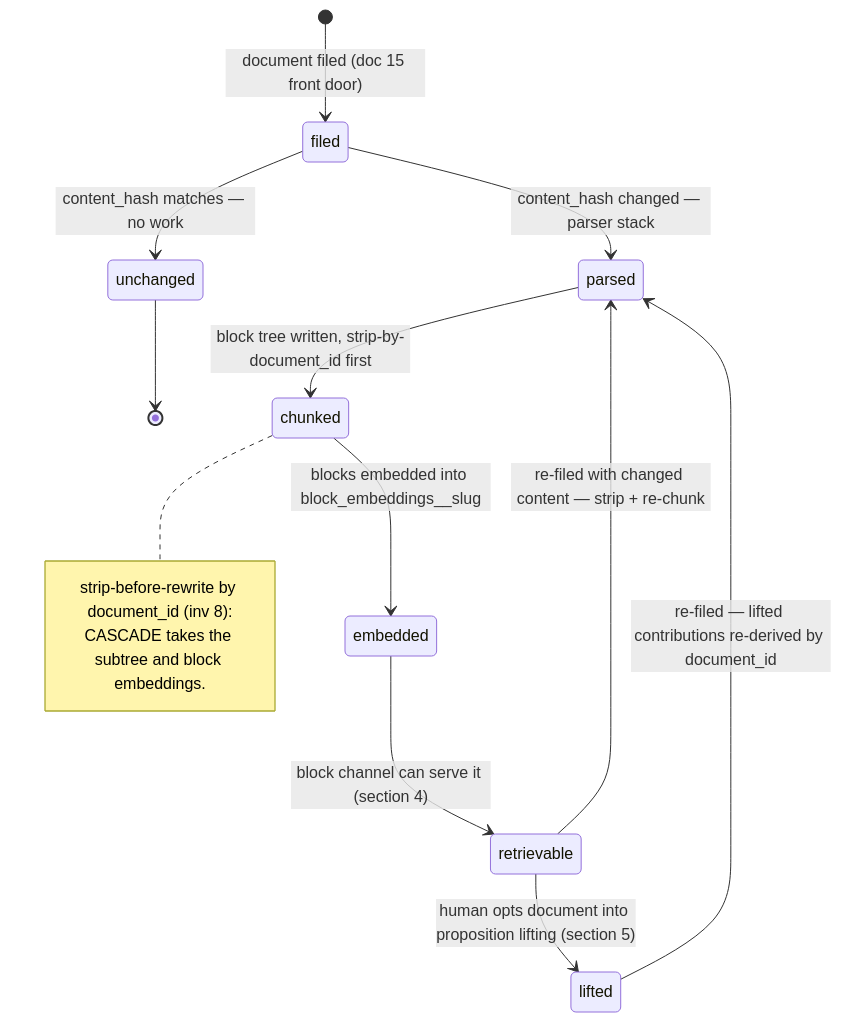
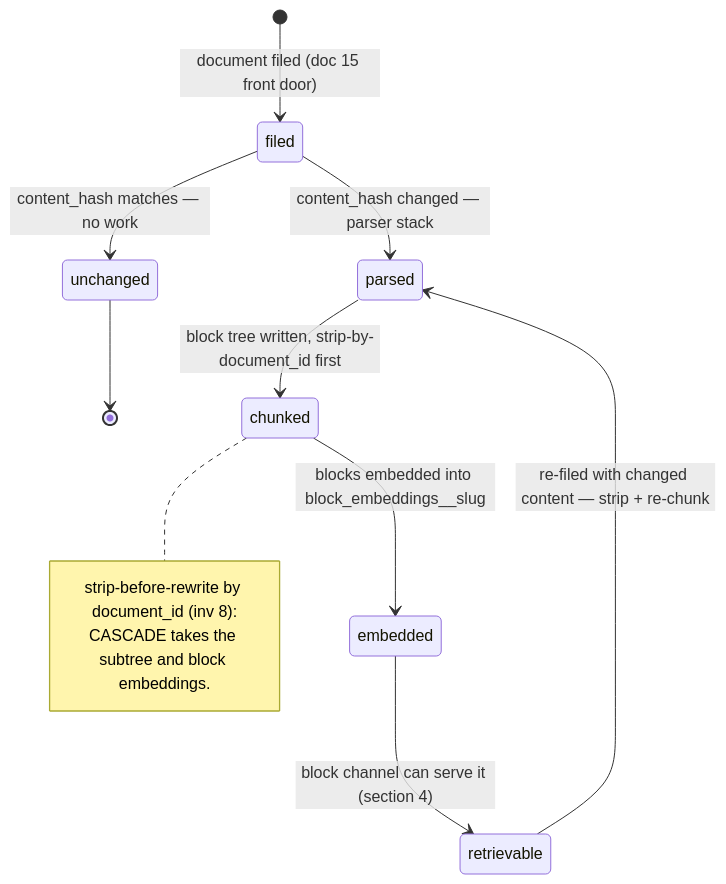
Before and after one commit to darkraise/darkmem: the third of 5 diagrams in docs/design/16-documents-and-pkm.md, drawn with Mermaid. The commit also changed other lines of this file and 6 other files, not shown here.

````diff
--- a/docs/design/16-documents-and-pkm.md
+++ b/docs/design/16-documents-and-pkm.md
@@ -105,17 +115,15 @@
 ```mermaid
 stateDiagram-v2
     [*] --> filed : document filed (doc 15 front door)
     filed --> unchanged : content_hash matches — no work
     unchanged --> [*]
     filed --> parsed : content_hash changed — parser stack
     parsed --> chunked : block tree written, strip-by-document_id first
     chunked --> embedded : blocks embedded into block_embeddings__slug
     embedded --> retrievable : block channel can serve it (section 4)
-    retrievable --> lifted : human opts document into proposition lifting (section 5)
     retrievable --> parsed : re-filed with changed content — strip + re-chunk
-    lifted --> parsed : re-filed — lifted contributions re-derived by document_id
     note right of chunked
         strip-before-rewrite by document_id (inv 8):
         CASCADE takes the subtree and block embeddings.
     end note
 ```
````
